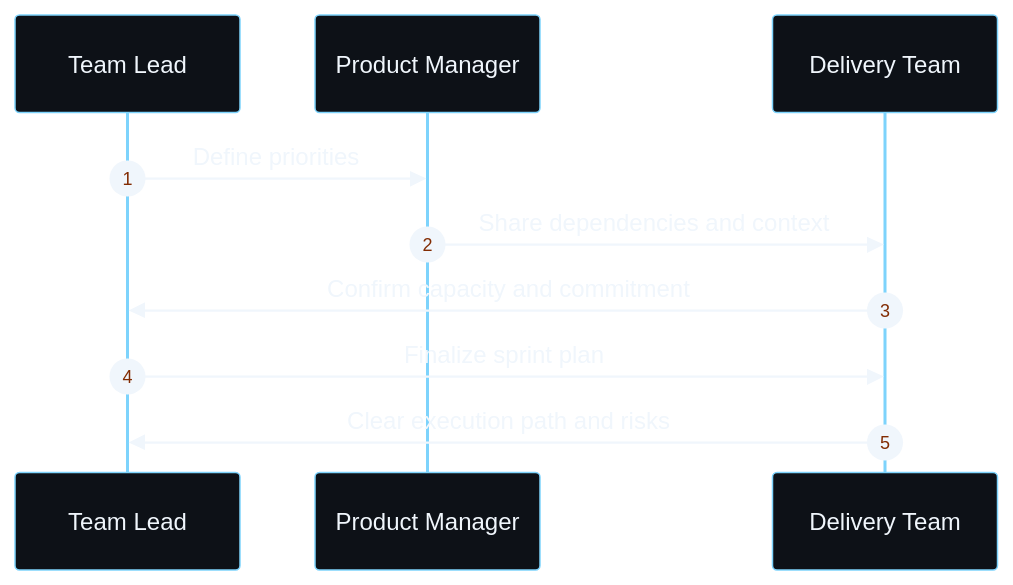
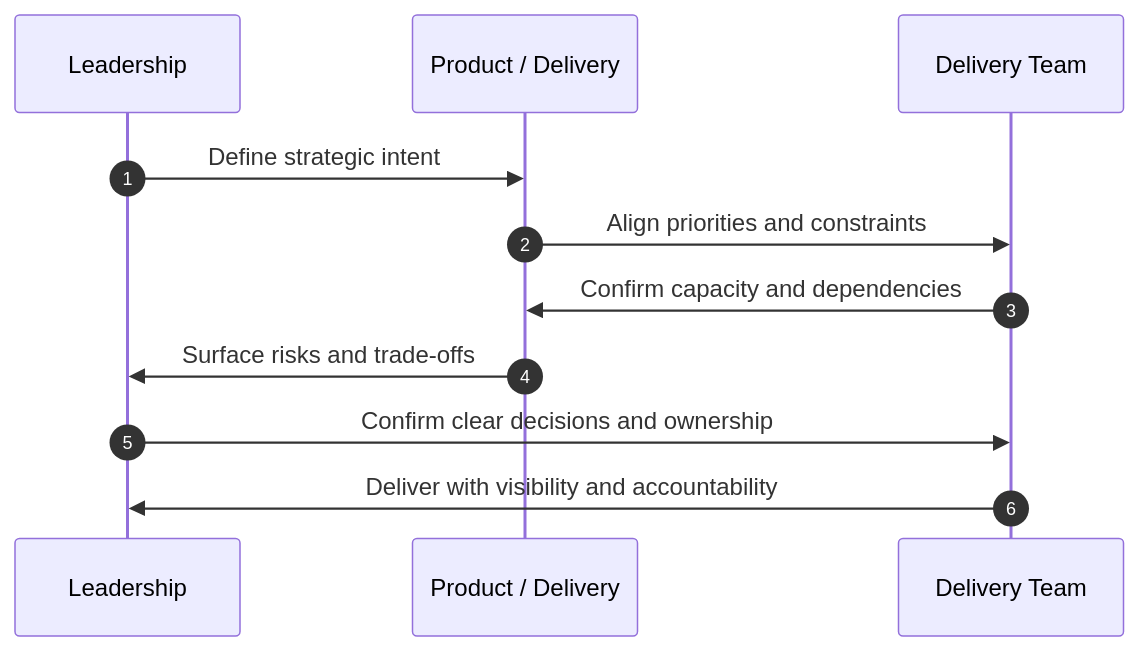
One commit to deveninception/deveninception changed the second of 2 diagrams in README.md. Above: the diagram before and after it, drawn with Mermaid. The commit also changed other lines of this file, not shown here.

Commit message:
Improve the GitHub profile README to sharpen value proposition, add clearer headings, and provide a stronger delivery leadership message.

````diff
--- a/README.md
+++ b/README.md
@@ -46,14 +57,14 @@
 ```mermaid
-%%{init: {'theme': 'base', 'themeVariables': { 'fontFamily': 'Segoe UI, Arial, sans-serif', 'primaryColor': '#0d1117', 'primaryTextColor': '#f0f6fc', 'primaryBorderColor': '#7dd3fc', 'lineColor': '#7dd3fc', 'background': '#0d1117'}}}%%
 sequenceDiagram
     autonumber
-    participant T as Team Lead
-    participant PM as Product Manager
-    participant D as Delivery Team
+    participant Leader as Leadership
+    participant PM as Product / Delivery
+    participant Team as Delivery Team
 
-    T->>PM: Define priorities
-    PM->>D: Share dependencies and context
-    D->>T: Confirm capacity and commitment
-    T->>D: Finalize sprint plan
-    D->>T: Clear execution path and risks
+    Leader->>PM: Define strategic intent
+    PM->>Team: Align priorities and constraints
+    Team->>PM: Confirm capacity and dependencies
+    PM->>Leader: Surface risks and trade-offs
+    Leader->>Team: Confirm clear decisions and ownership
+    Team->>Leader: Deliver with visibility and accountability
 ```
````
